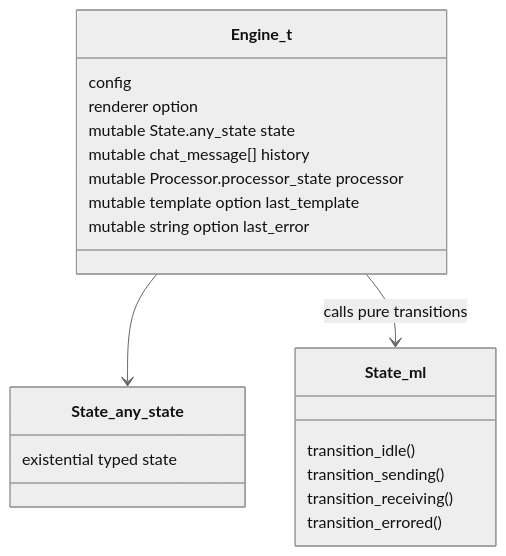
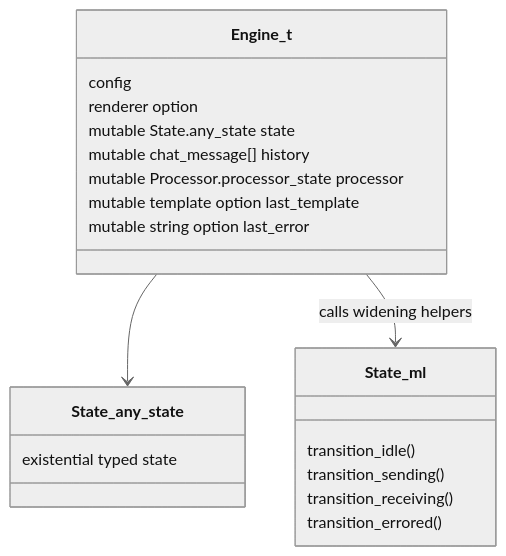
One commit to unhingingdog/ribosome-ui changed the fifth of 8 diagrams in architecture.md. Above: the diagram before and after it, drawn with Mermaid (neutral theme). The commit also changed other lines of this file and 1 other file, not shown here.

````diff
--- a/architecture.md
+++ b/architecture.md
@@ -148,26 +154,26 @@
 ```mermaid
 classDiagram
   class Engine_t {
     config
     renderer option
     mutable State.any_state state
     mutable chat_message[] history
     mutable Processor.processor_state processor
     mutable template option last_template
     mutable string option last_error
   }
 
   class State_any_state {
     existential typed state
   }
 
   class State_ml {
     transition_idle()
     transition_sending()
     transition_receiving()
     transition_errored()
   }
 
   Engine_t --> State_any_state
-  Engine_t --> State_ml : calls pure transitions
+  Engine_t --> State_ml : calls widening helpers
 ```
````
